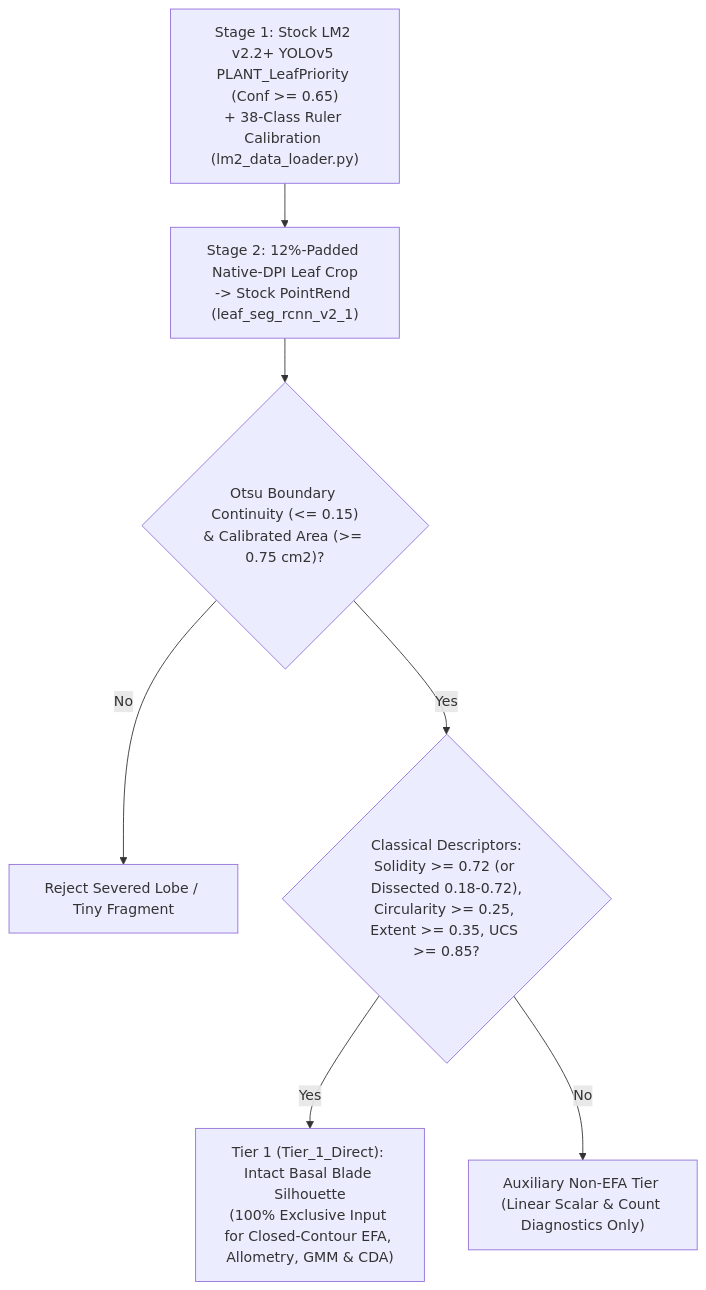
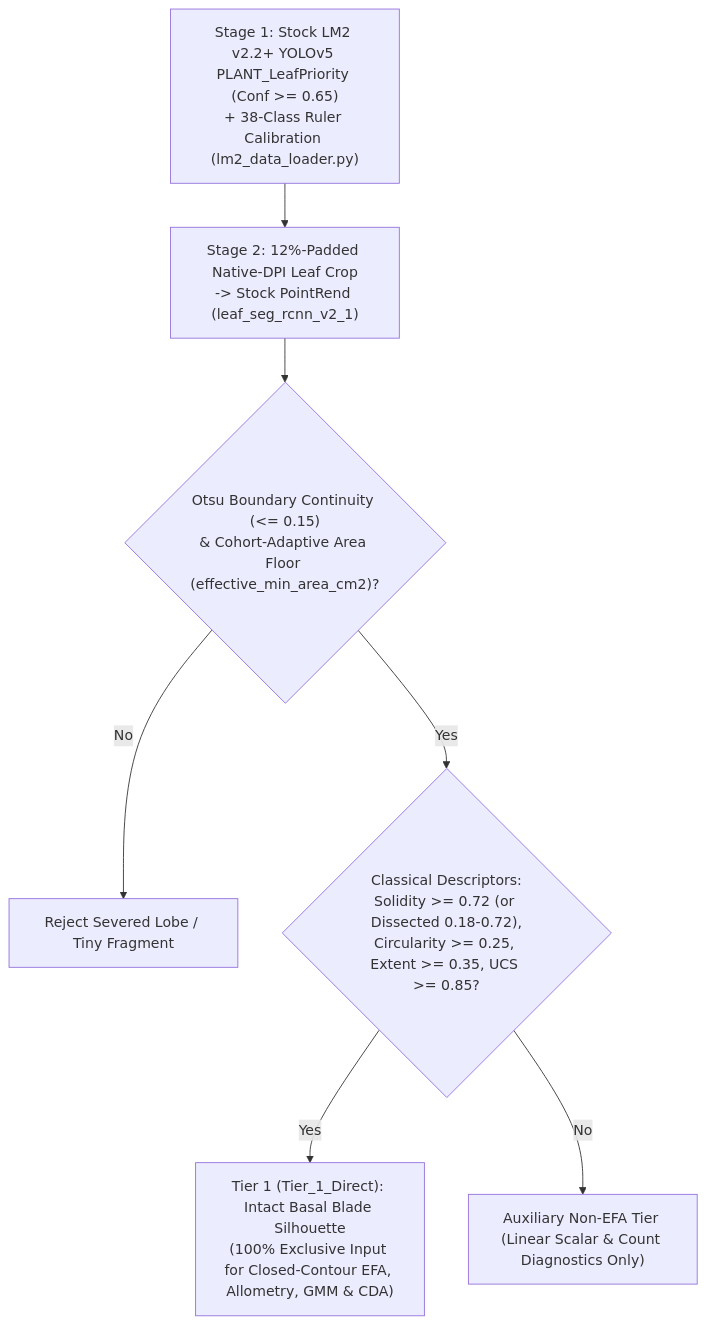
Before and after one commit to Plantatsrophe/Packera_dubia_morphometrics: the diagram in docs/TAXONOMIC_SOP.md, drawn with Mermaid. The commit also changed other lines of this file and 2 other files, not shown here.

Commit message:
update morphometric CV guardrails and SOP documentation for cohort-adaptive harmonic power calibration, blade area floors, and dimensionality constraints

````diff
--- a/docs/TAXONOMIC_SOP.md
+++ b/docs/TAXONOMIC_SOP.md
@@ -84,9 +86,9 @@
 ```mermaid
 flowchart TD
     A0["Stage 1: Stock LM2 v2.2+ YOLOv5 PLANT_LeafPriority (Conf >= 0.65)\n+ 38-Class Ruler Calibration (lm2_data_loader.py)"] --> A["Stage 2: 12%-Padded Native-DPI Leaf Crop\n-> Stock PointRend (leaf_seg_rcnn_v2_1)"]
-    A --> B{"Otsu Boundary Continuity (<= 0.15)\n& Calibrated Area (>= 0.75 cm2)?"}
+    A --> B{"Otsu Boundary Continuity (<= 0.15)\n& Cohort-Adaptive Area Floor (effective_min_area_cm2)?"}
     B -- No --> X["Reject Severed Lobe / Tiny Fragment"]
     B -- Yes --> C{"Classical Descriptors:\nSolidity >= 0.72 (or Dissected 0.18-0.72),\nCircularity >= 0.25, Extent >= 0.35, UCS >= 0.85?"}
     C -- Yes --> D["Tier 1 (Tier_1_Direct): Intact Basal Blade Silhouette\n(100% Exclusive Input for Closed-Contour EFA, Allometry, GMM & CDA)"]
     C -- No --> E["Auxiliary Non-EFA Tier (Linear Scalar & Count Diagnostics Only)"]
 ```
````
